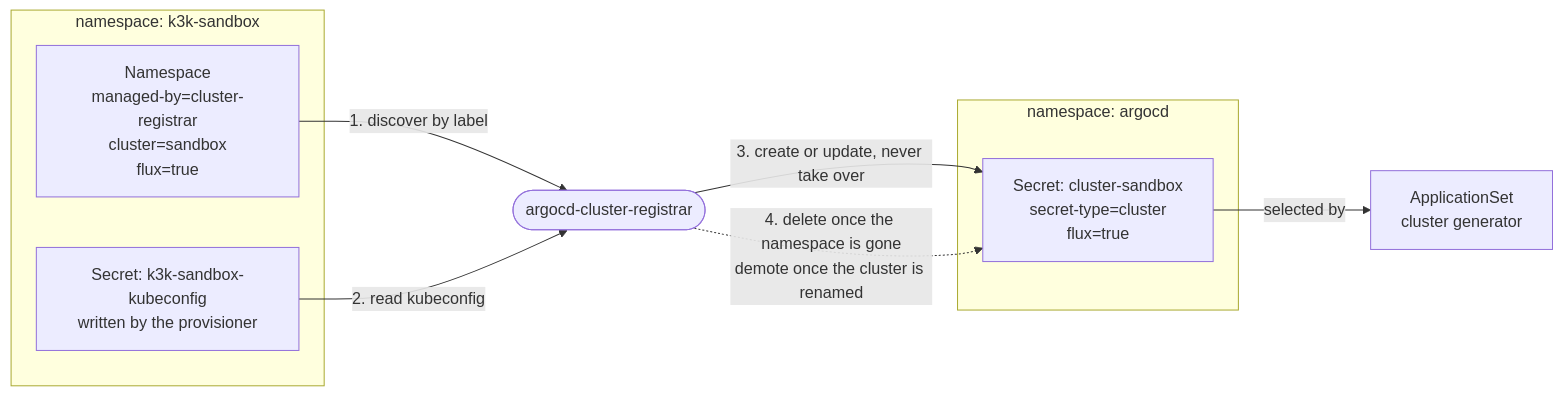
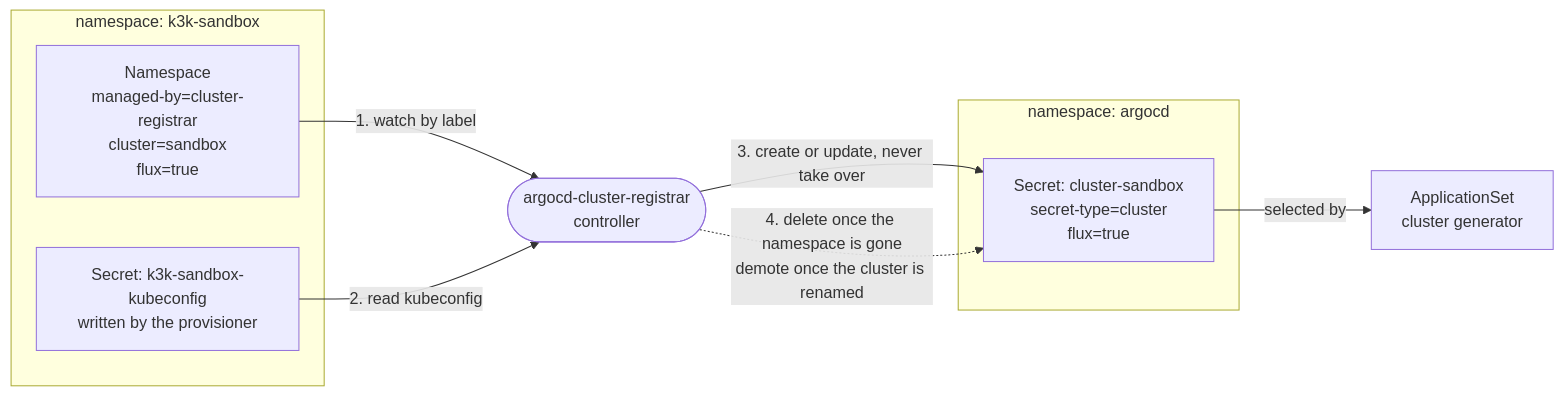
One commit to pcanilho/argocd-cluster-registrar changed the first of 2 diagrams in README.md. Above: the diagram before and after it, drawn with Mermaid. The commit also changed other lines of this file and 4 other files, not shown here.

````diff
--- a/README.md
+++ b/README.md
@@ -242,21 +248,21 @@
 ```mermaid
 flowchart LR
     subgraph child["namespace: k3k-sandbox"]
         NS["Namespace<br/>managed-by=cluster-registrar<br/>cluster=sandbox<br/>flux=true"]
         KC["Secret: k3k-sandbox-kubeconfig<br/>written by the provisioner"]
     end
 
-    REG(["argocd-cluster-registrar"])
+    REG(["argocd-cluster-registrar<br/>controller"])
 
     subgraph argo["namespace: argocd"]
         CS["Secret: cluster-sandbox<br/>secret-type=cluster<br/>flux=true"]
     end
 
     APPSET["ApplicationSet<br/>cluster generator"]
 
-    NS -->|"1. discover by label"| REG
+    NS -->|"1. watch by label"| REG
     KC -->|"2. read kubeconfig"| REG
     REG -->|"3. create or update, never take over"| CS
     REG -.->|"4. delete once the namespace is gone<br/>demote once the cluster is renamed"| CS
     CS -->|"selected by"| APPSET
 ```
````
